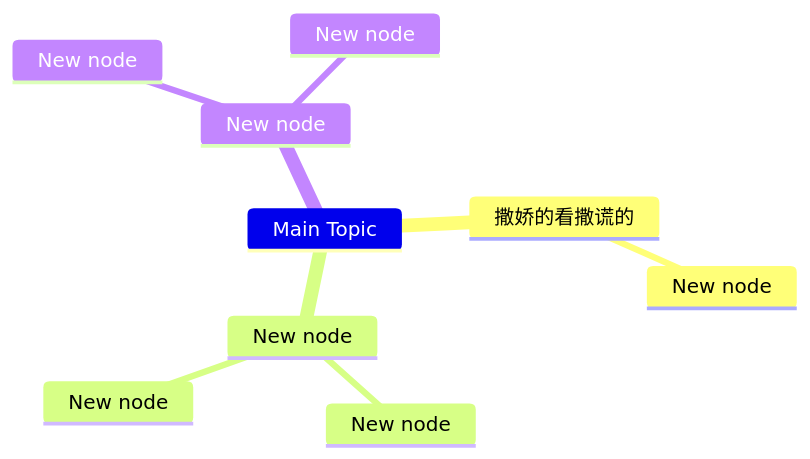
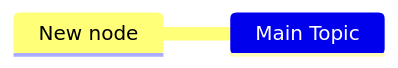
One commit to pingpm/mermaid_vault changed the diagram in notes/123_fd577967-5106-494e-bdae-c0afb858c4be.md. Above: the diagram before and after it, drawn with Mermaid. The commit also changed 2 other files, not shown here.

Commit message:
Sync Mermaid Studio data (12 diagrams)

````diff
--- a/notes/123_fd577967-5106-494e-bdae-c0afb858c4be.md
+++ b/notes/123_fd577967-5106-494e-bdae-c0afb858c4be.md
@@ -3,13 +3,6 @@
 ```mermaid
 mindmap
   Main Topic
-    撒娇的看撒谎的
-      New node
     New node
-      New node
-      New node
-    New node
-      New node
-      New node
 
 ```
````
